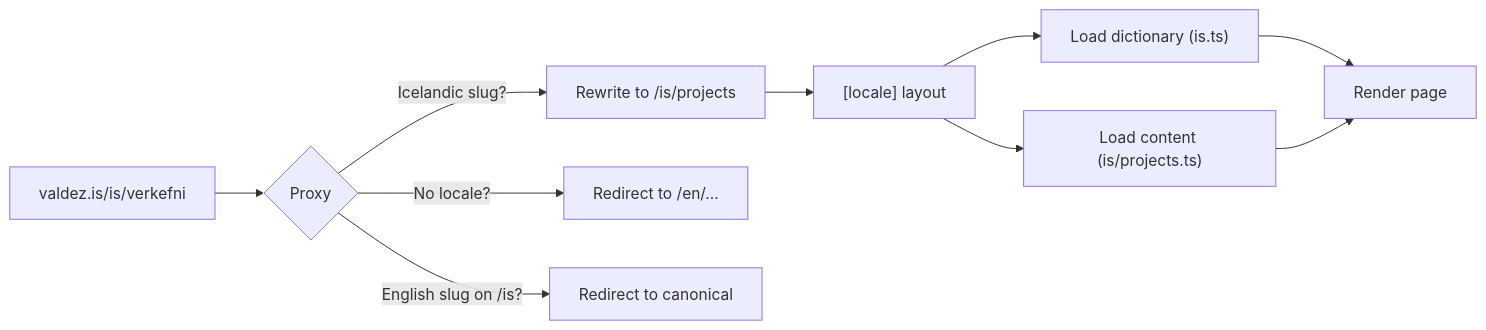
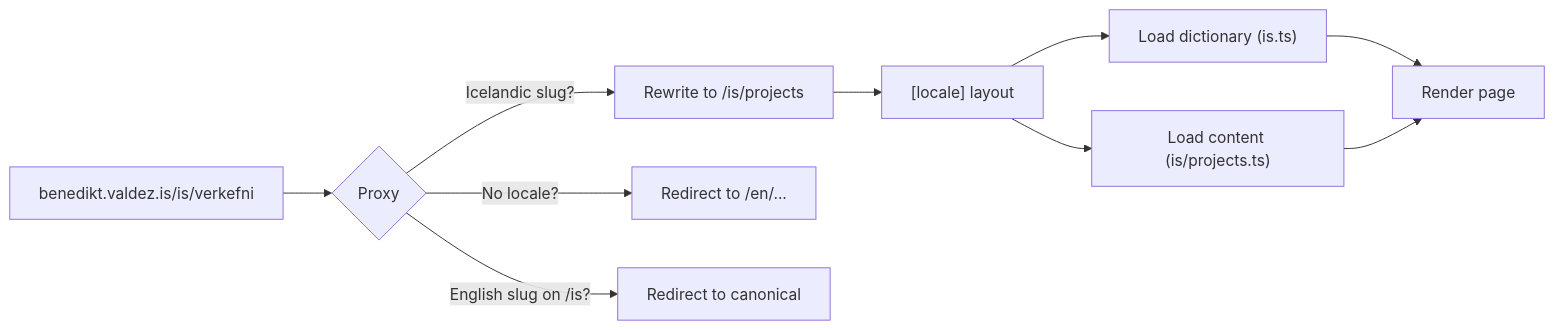
Before and after one commit to benediktvaldez/web: the diagram in README.md, drawn with Mermaid. The commit also changed other lines of this file and 8 other files, not shown here.

First line of the commit message:
chore(domain): point canonical site to benedikt.valdez.is

````diff
--- a/README.md
+++ b/README.md
@@ -86,11 +86,11 @@
 ```mermaid
 flowchart LR
-    A["valdez.is/is/verkefni"] --> B{Proxy}
+    A["benedikt.valdez.is/is/verkefni"] --> B{Proxy}
     B -->|"Icelandic slug?"| C["Rewrite to /is/projects"]
     B -->|"No locale?"| D["Redirect to /en/..."]
     B -->|"English slug on /is?"| E["Redirect to canonical"]
     C --> F["[locale] layout"]
     F --> G["Load dictionary (is.ts)"]
     F --> H["Load content (is/projects.ts)"]
     G & H --> I["Render page"]
 ```
````
